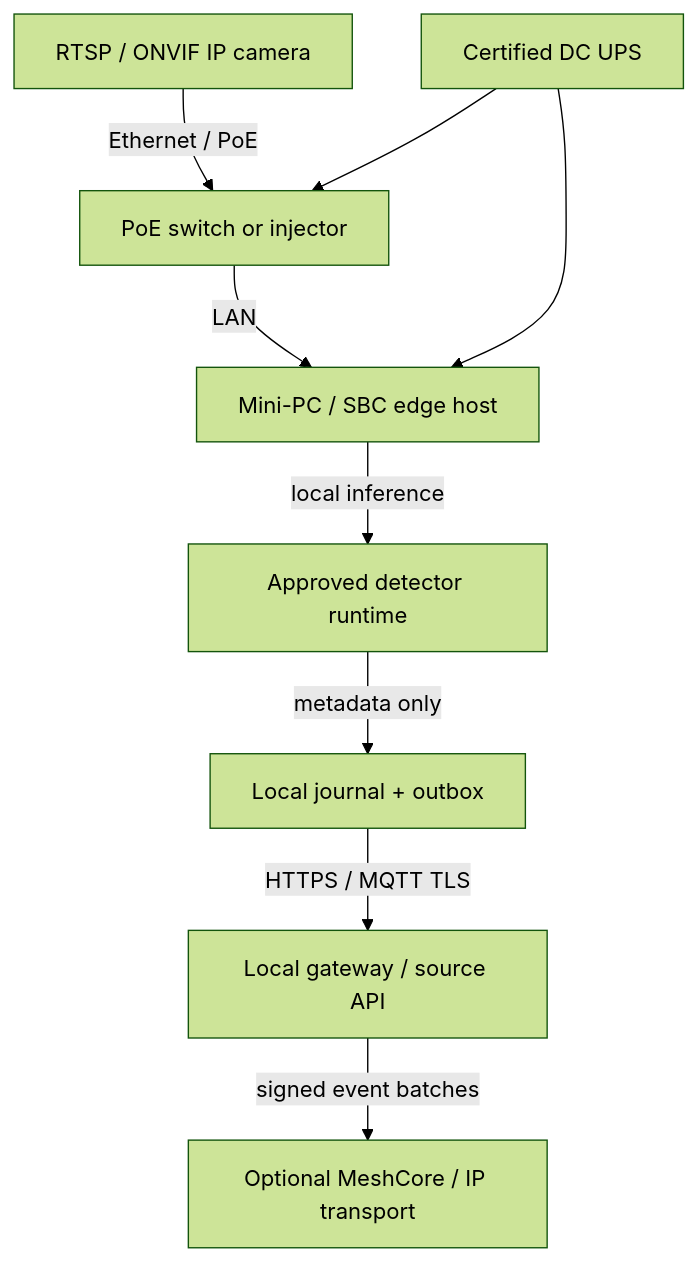
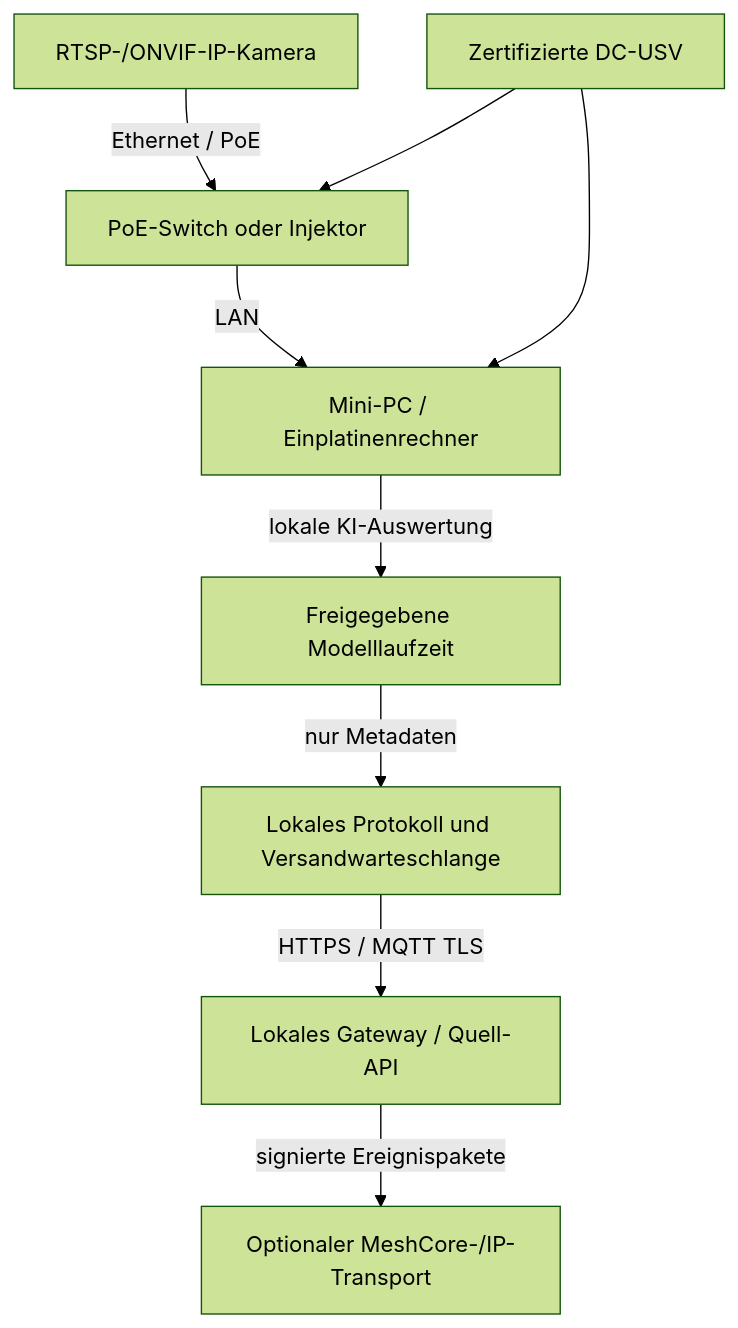
One commit to simonthomas-ai/BeeKeeper3000 changed the second of 4 diagrams in docs/HARDWARE-REFERENCE-DESIGNS.md. Above: the diagram before and after it, drawn with Mermaid (forest theme). The commit also changed other lines of this file, not shown here.

Commit message:
Hardware-Referenzentwürfe einschließlich Diagrammen und Sicherheitshinweisen ins Deutsche übersetzen

```diff
--- a/docs/HARDWARE-REFERENCE-DESIGNS.md
+++ b/docs/HARDWARE-REFERENCE-DESIGNS.md
@@ -17,11 +17,11 @@
 ~~~mermaid
 flowchart TB
-  CAM[RTSP / ONVIF IP camera] -->|Ethernet / PoE| SW[PoE switch or injector]
-  SW -->|LAN| EDGE[Mini-PC / SBC edge host]
-  EDGE -->|local inference| DET[Approved detector runtime]
-  DET -->|metadata only| DB[Local journal + outbox]
-  DB -->|HTTPS / MQTT TLS| GW[Local gateway / source API]
-  GW -->|signed event batches| NET[Optional MeshCore / IP transport]
-  UPS[Certified DC UPS] --> EDGE
+  CAM[RTSP-/ONVIF-IP-Kamera] -->|Ethernet / PoE| SW[PoE-Switch oder Injektor]
+  SW -->|LAN| EDGE[Mini-PC / Einplatinenrechner]
+  EDGE -->|lokale KI-Auswertung| DET[Freigegebene Modelllaufzeit]
+  DET -->|nur Metadaten| DB[Lokales Protokoll und Versandwarteschlange]
+  DB -->|HTTPS / MQTT TLS| GW[Lokales Gateway / Quell-API]
+  GW -->|signierte Ereignispakete| NET[Optionaler MeshCore-/IP-Transport]
+  UPS[Zertifizierte DC-USV] --> EDGE
   UPS --> SW
 ~~~
```
